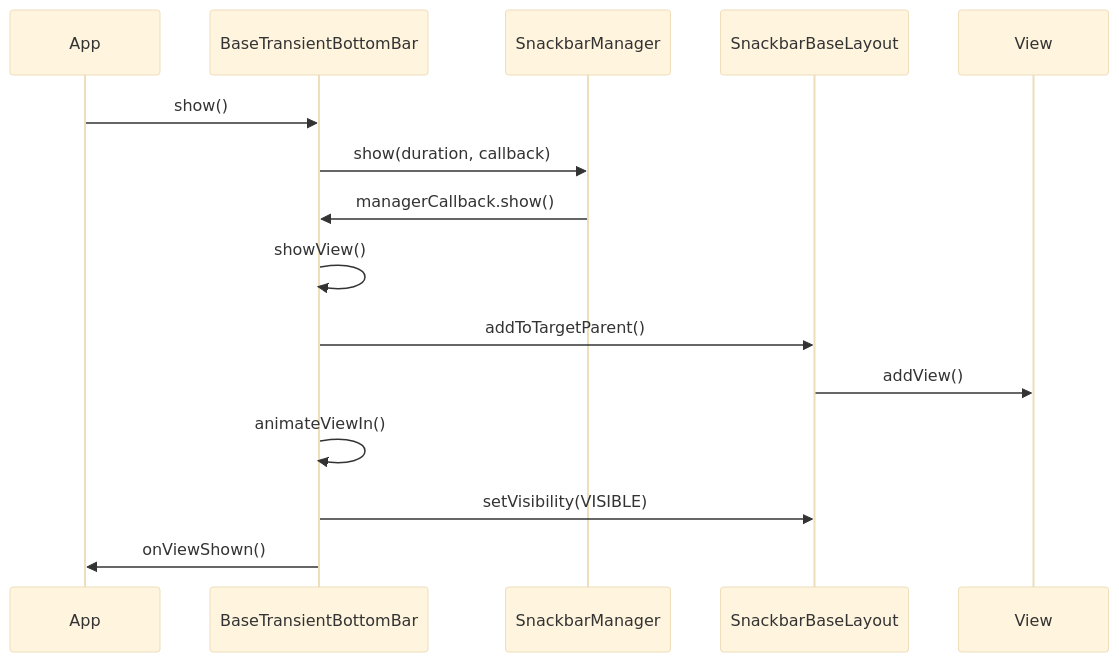
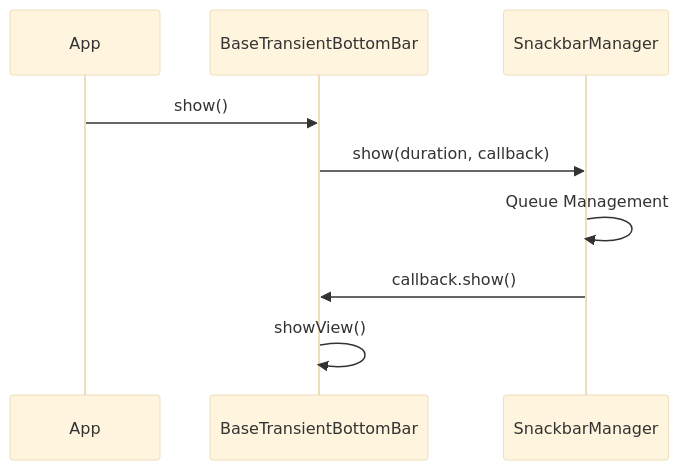
One commit to FSoft-AI4Code/codewiki-demo changed the seventh of 7 diagrams in docs/material-components--material-components-android-docs/base-transient-bottom-bar.md. Above: the diagram before and after it, drawn with Mermaid (base theme). The commit also changed other lines of this file and 1103 other files, not shown here.

````diff
--- a/docs/material-components--material-components-android-docs/base-transient-bottom-bar.md
+++ b/docs/material-components--material-components-android-docs/base-transient-bottom-bar.md
@@ -179,18 +229,12 @@
 ```mermaid
 sequenceDiagram
     participant App
-    participant BTB as BaseTransientBottomBar
-    participant SM as SnackbarManager
-    participant SBL as SnackbarBaseLayout
-    participant View
+    participant BaseTransientBottomBar
+    participant SnackbarManager
     
-    App->>BTB: show()
-    BTB->>SM: show(duration, callback)
-    SM->>BTB: managerCallback.show()
-    BTB->>BTB: showView()
-    BTB->>SBL: addToTargetParent()
-    SBL->>View: addView()
-    BTB->>BTB: animateViewIn()
-    BTB->>SBL: setVisibility(VISIBLE)
-    BTB->>App: onViewShown()
+    App->>BaseTransientBottomBar: show()
+    BaseTransientBottomBar->>SnackbarManager: show(duration, callback)
+    SnackbarManager->>SnackbarManager: Queue Management
+    SnackbarManager->>BaseTransientBottomBar: callback.show()
+    BaseTransientBottomBar->>BaseTransientBottomBar: showView()
 ```
````
